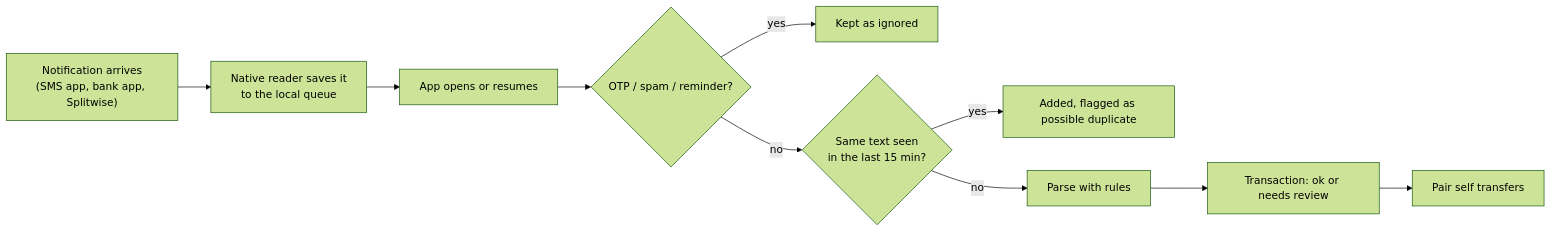
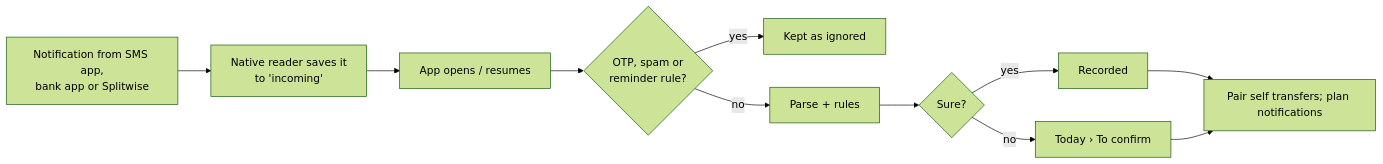
The diagram in docs/plans/one-android-app.md (barney9545/LifeTracker), drawn with Mermaid (forest theme) before and after one commit. The commit also changed other lines of this file, not shown here.

First line of the commit message:
Plan v2: one model, three tabs, on-phone notifications

````diff
--- a/docs/plans/one-android-app.md
+++ b/docs/plans/one-android-app.md
@@ -199,12 +335,13 @@
 ```mermaid
 flowchart LR
-  N["Notification arrives<br/>(SMS app, bank app, Splitwise)"] --> Q["Native reader saves it<br/>to the local queue"]
-  Q --> O["App opens or resumes"]
-  O --> F{"OTP / spam / reminder?"}
+  N["Notification from SMS app,<br/>bank app or Splitwise"] --> Q["Native reader saves it<br/>to 'incoming'"]
+  Q --> O["App opens / resumes"]
+  O --> F{"OTP, spam or<br/>reminder rule?"}
   F -- yes --> I["Kept as ignored"]
-  F -- no --> D{"Same text seen<br/>in the last 15 min?"}
-  D -- yes --> FL["Added, flagged as possible duplicate"]
-  D -- no --> P["Parse with rules"]
-  P --> T["Transaction: ok or needs review"]
-  T --> PR["Pair self transfers"]
+  F -- no --> P["Parse + rules"]
+  P --> C{"Sure?"}
+  C -- yes --> T["Recorded"]
+  C -- no --> R["Today › To confirm"]
+  T --> S["Pair self transfers; plan notifications"]
+  R --> S
 ```
````
